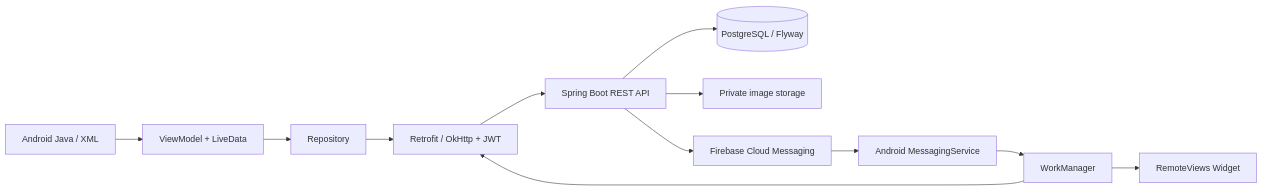
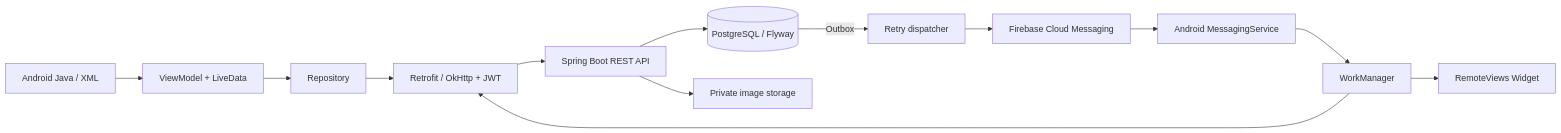
The diagram in README.md (Conmeosoma/taktak-social), drawn with Mermaid before and after one commit. The commit also changed other lines of this file, not shown here.

````diff
--- a/README.md
+++ b/README.md
@@ -131,14 +134,15 @@
 ```mermaid
 flowchart LR
     UI[Android Java / XML] --> VM[ViewModel + LiveData]
     VM --> REPO[Repository]
     REPO --> HTTP[Retrofit / OkHttp + JWT]
     HTTP --> API[Spring Boot REST API]
     API --> DB[(PostgreSQL / Flyway)]
     API --> FILES[Private image storage]
-    API --> FCM[Firebase Cloud Messaging]
+    DB -->|Outbox| DISPATCH[Retry dispatcher]
+    DISPATCH --> FCM[Firebase Cloud Messaging]
     FCM --> SERVICE[Android MessagingService]
     SERVICE --> WORK[WorkManager]
     WORK --> HTTP
     WORK --> WIDGET[RemoteViews Widget]
 ```
````
